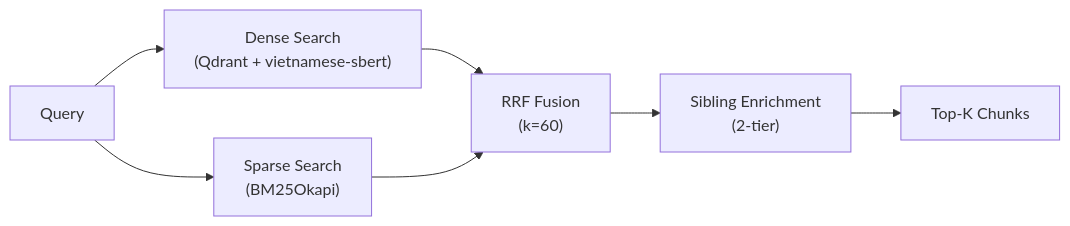
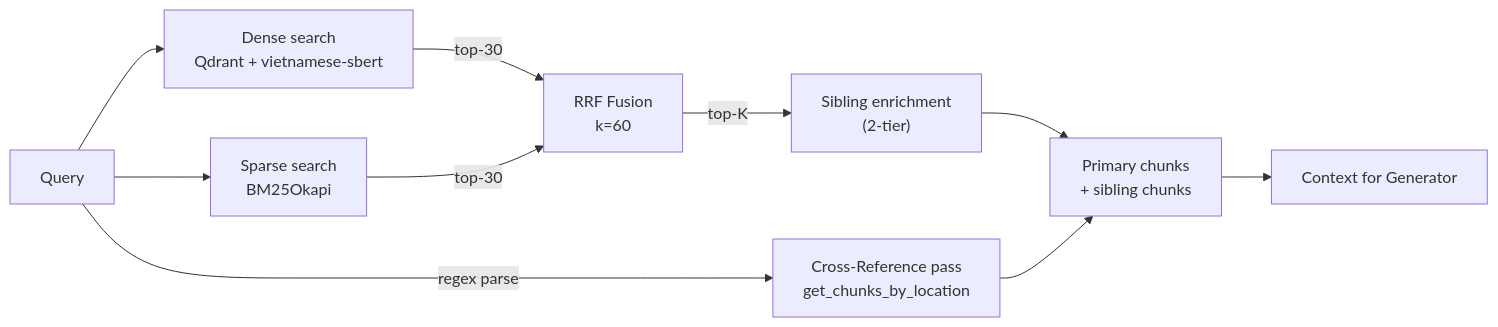
Before and after one commit to MacPhuPhong/TRAFFIC_LAW_LLM_RAG_AGENTIC: the third of 4 diagrams in doc/bao_cao_he_thong.md, drawn with Mermaid. The commit also changed other lines of this file and 3 other files, not shown here.

````diff
--- a/doc/bao_cao_he_thong.md
+++ b/doc/bao_cao_he_thong.md
@@ -469,9 +450,12 @@
 ```mermaid
 graph LR
-    Q["Query"] --> D["Dense Search<br>(Qdrant + vietnamese-sbert)"]
-    Q --> B["Sparse Search<br>(BM25Okapi)"]
-    D --> R["RRF Fusion<br>(k=60)"]
-    B --> R
-    R --> S["Sibling Enrichment<br>(2-tier)"]
-    S --> O["Top-K Chunks"]
+    Q["Query"] --> D["Dense search<br>Qdrant + vietnamese-sbert"]
+    Q --> B["Sparse search<br>BM25Okapi"]
+    D -->|top-30| R["RRF Fusion<br>k=60"]
+    B -->|top-30| R
+    R -->|top-K| S["Sibling enrichment<br>(2-tier)"]
+    S --> X["Primary chunks<br>+ sibling chunks"]
+    Q -->|regex parse| C["Cross-Reference pass<br>get_chunks_by_location"]
+    C --> X
+    X --> O["Context for Generator"]
 ```
````
